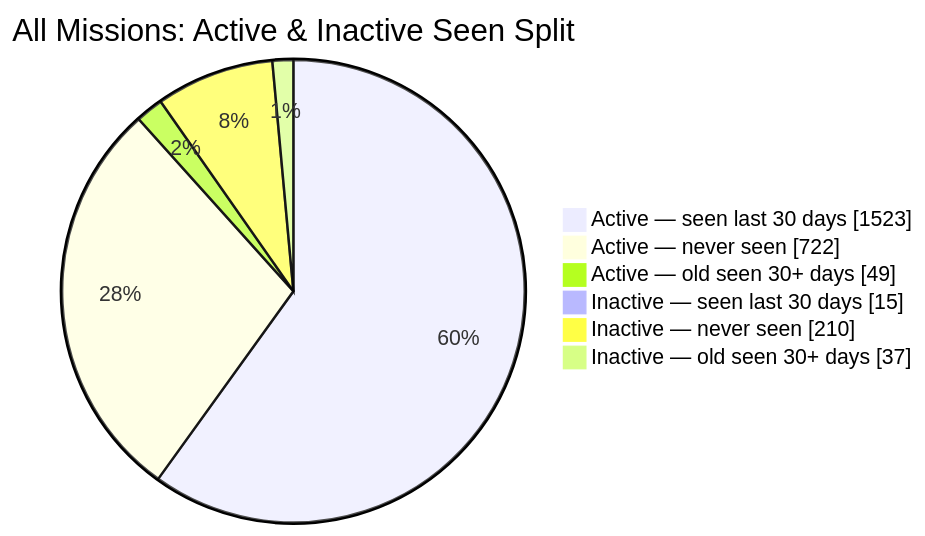
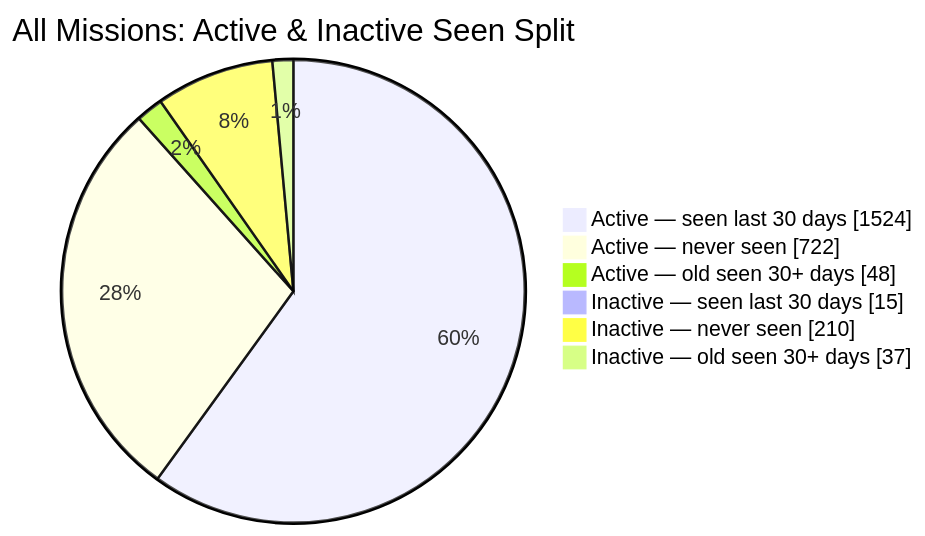
Before and after one commit to MeldkamerspelGameTeam/active-missions: the second of 2 diagrams in README.md, drawn with Mermaid. The commit also changed other lines of this file and 2 other files, not shown here.

````diff
--- a/README.md
+++ b/README.md
@@ -44,10 +44,10 @@
 ```mermaid
 pie showData
     title All Missions: Active & Inactive Seen Split
-    "Active — seen last 30 days" : 1523
+    "Active — seen last 30 days" : 1524
     "Active — never seen" : 722
-    "Active — old seen 30+ days" : 49
+    "Active — old seen 30+ days" : 48
     "Inactive — seen last 30 days" : 15
     "Inactive — never seen" : 210
     "Inactive — old seen 30+ days" : 37
 ```
````
